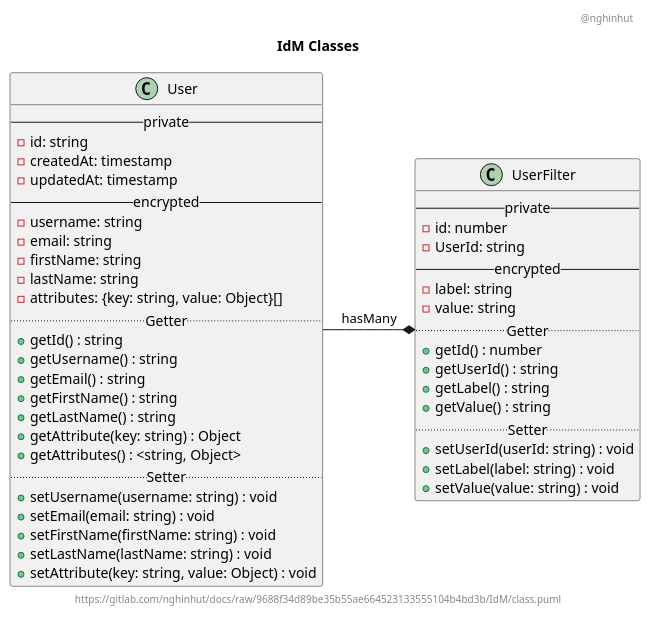
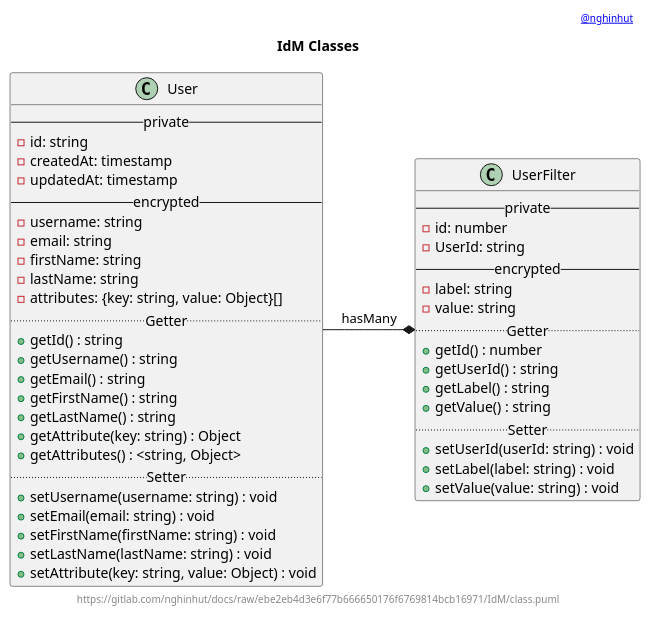
One commit to nghinhut/docs changed the diagram in IdM/class.puml. Above: the diagram before and after it, drawn with PlantUML. The commit also changed 18 other files, not shown here.

Commit message:
Update diagrams

```diff
--- a/IdM/class.puml
+++ b/IdM/class.puml
@@ -1,56 +1,56 @@
 @startuml
 '-----START auto generated metadata please keep comment here to allow auto update-----
 '-----DON'T EDIT THIS SECTION, INSTEAD RE-RUN prebuild.sh TO UPDATE-----
-header @nghinhut
-footer https://gitlab.com/nghinhut/docs/raw/9688f34d89be35b55ae664523133555104b4bd3b/IdM/class.puml
+header [[mailto:nghinhut@gmail.com @nghinhut]]
+footer https://gitlab.com/nghinhut/docs/raw/ebe2eb4d3e6f77b666650176f6769814bcb16971/IdM/class.puml
 '-----END auto generated metadata please keep comment here to allow auto update-----
 title IdM Classes
 
 class "User" as user {
     -- private --
     - id: string
     - createdAt: timestamp
     - updatedAt: timestamp
     -- encrypted --
     - username: string
     - email: string
     - firstName: string
     - lastName: string
     - attributes: {key: string, value: Object}[]
     .. Getter ..
     + getId() : string
     + getUsername() : string
     + getEmail() : string
     + getFirstName() : string
     + getLastName() : string
     + getAttribute(key: string) : Object
     + getAttributes() : <string, Object>
     .. Setter ..
     + setUsername(username: string) : void
     + setEmail(email: string) : void
     + setFirstName(firstName: string) : void
     + setLastName(lastName: string) : void
     + setAttribute(key: string, value: Object) : void
 }
 
 class "UserFilter" as user_filter {
     -- private --
     - id: number
     - UserId: string
     -- encrypted --
     - label: string
     - value: string
     .. Getter ..
     + getId() : number
     + getUserId() : string
     + getLabel() : string
     + getValue() : string
     .. Setter ..
     + setUserId(userId: string) : void
     + setLabel(label: string) : void
     + setValue(value: string) : void
 }
 
 user -* user_filter : hasMany
 
 @enduml
```
